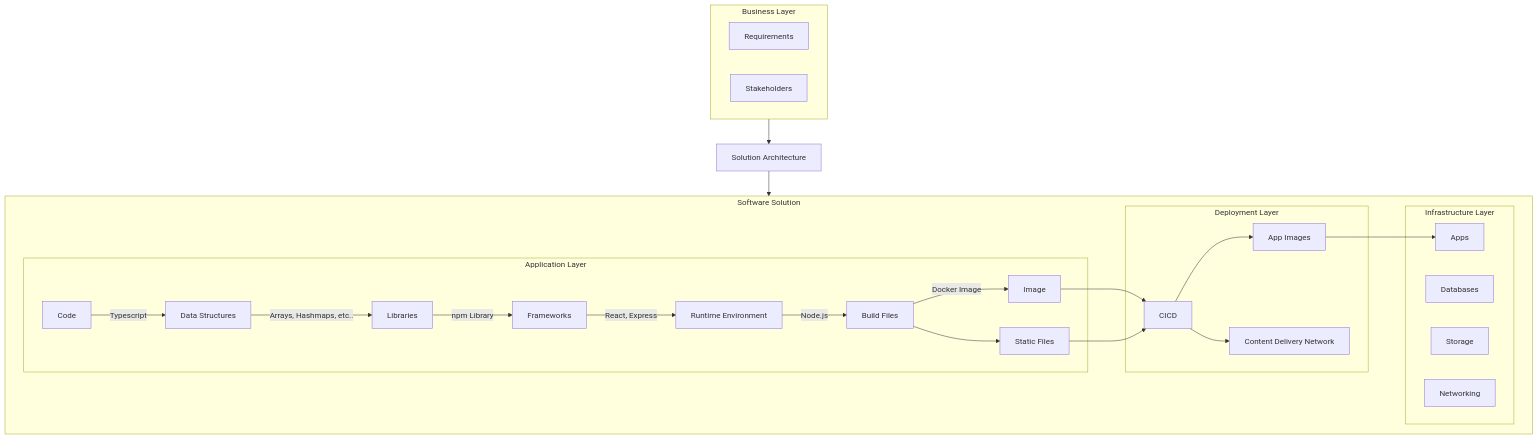
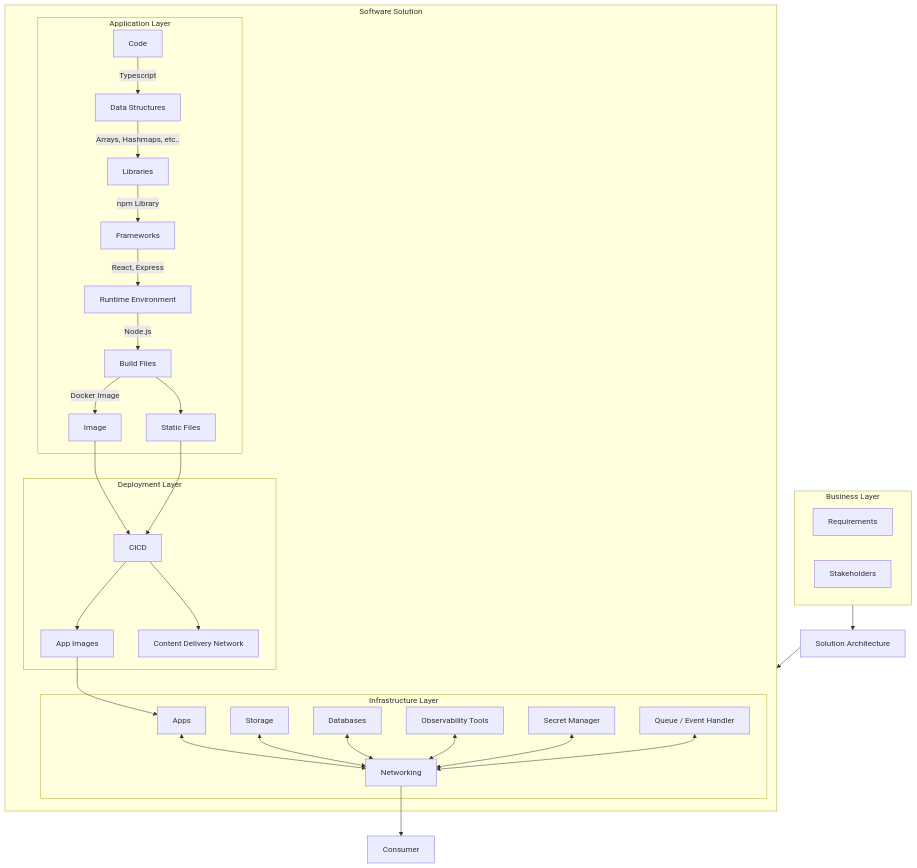
Before and after one commit to iamharryliu/vigilant-broccoli: the first of 3 diagrams in notes/tech/software/general/software-breakdown.md, drawn with Mermaid. The commit also changed other lines of this file and 2 other files, not shown here.

````diff
--- a/notes/tech/software/general/software-breakdown.md
+++ b/notes/tech/software/general/software-breakdown.md
@@ -49,52 +48,63 @@
 ```mermaid
 flowchart TB
 
 subgraph BUSINESS_LAYER[Business Layer]
   REQUIREMENTS[Requirements]
   STAKEHOLDERS[Stakeholders]
 end
 
 SOLUTION_ARCHITECTURE[Solution Architecture]
+CONSUMER[Consumer]
 
 subgraph SOFTWARE_SOLUTION[Software Solution]
   subgraph APPLICATION_LAYER[Application Layer]
     CODE[Code]
     DATA_STRUCTURES[Data Structures]
     LIBRARIES[Libraries]
     FRAMEWORKS[Frameworks]
     RUNTIME[Runtime Environment]
     BUILD_FILES[Build Files]
     IMAGE[Image]
     STATIC_FILES[Static Files]
   end
 
   subgraph DEPLOYMENT_LAYER[Deployment Layer]
     CICD[CICD]
     APP_IMAGES[App Images]
     CONTENT_DELIVERY_NETWORK[Content Delivery Network]
   end
 
   subgraph INFRASTRUCTURE_LAYER[Infrastructure Layer]
     APPS[Apps]
     INFRASTRUCTURE_LAYER_DATABASE[Databases]
     INFRASTRUCTURE_LAYER_STORAGE[Storage]
     INFRASTRUCTURE_LAYER_NETWORKING[Networking]
+    OBSERVABILITY_TOOLS[Observability Tools]
+    SECRET_MANAGER[Secret Manager]
+    QUEUE_EVENT_HANDLER[Queue / Event Handler]
   end
 end
 
 CODE --> |Typescript|DATA_STRUCTURES
 DATA_STRUCTURES --> |Arrays, Hashmaps, etc..| LIBRARIES
 LIBRARIES -->|npm Library| FRAMEWORKS
 FRAMEWORKS -->|React, Express| RUNTIME
 RUNTIME -->|Node.js| BUILD_FILES
 
 BUILD_FILES --> |Docker Image| IMAGE
 BUILD_FILES --> STATIC_FILES
 IMAGE --> CICD
 STATIC_FILES --> CICD
 CICD --> APP_IMAGES
 CICD --> CONTENT_DELIVERY_NETWORK
 APP_IMAGES --> APPS
+INFRASTRUCTURE_LAYER_NETWORKING --> CONSUMER
+APPS <--> INFRASTRUCTURE_LAYER_NETWORKING
+INFRASTRUCTURE_LAYER_STORAGE <--> INFRASTRUCTURE_LAYER_NETWORKING
+INFRASTRUCTURE_LAYER_DATABASE <--> INFRASTRUCTURE_LAYER_NETWORKING
+OBSERVABILITY_TOOLS <--> INFRASTRUCTURE_LAYER_NETWORKING
+SECRET_MANAGER <--> INFRASTRUCTURE_LAYER_NETWORKING
+QUEUE_EVENT_HANDLER <--> INFRASTRUCTURE_LAYER_NETWORKING
 BUSINESS_LAYER --> SOLUTION_ARCHITECTURE
 SOLUTION_ARCHITECTURE --> SOFTWARE_SOLUTION
 ```
````
